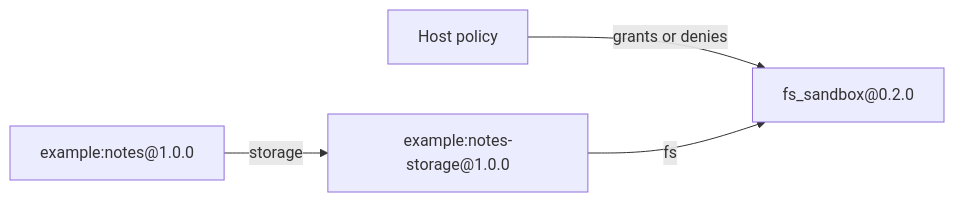
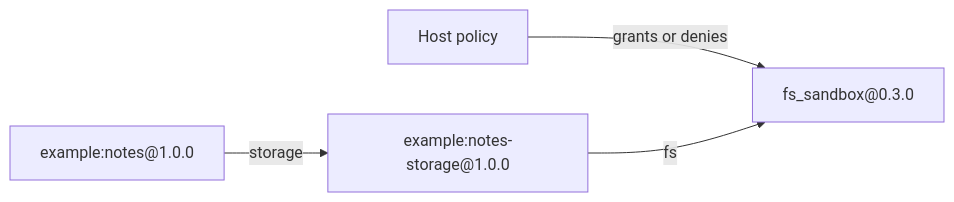
The diagram in docs/guides/dependencies-and-capabilities.md (kymuco/invariant-runtime), drawn with Mermaid before and after one commit. The commit also changed other lines of this file and 4 other files, not shown here.

````diff
--- a/docs/guides/dependencies-and-capabilities.md
+++ b/docs/guides/dependencies-and-capabilities.md
@@ -9,6 +9,6 @@
 ```mermaid
 flowchart LR
-    H["Host policy"] -->|grants or denies| F["fs_sandbox@0.2.0"]
+    H["Host policy"] -->|grants or denies| F["fs_sandbox@0.3.0"]
     N["example:notes@1.0.0"] -->|storage| S["example:notes-storage@1.0.0"]
     S -->|fs| F
 ```
````
